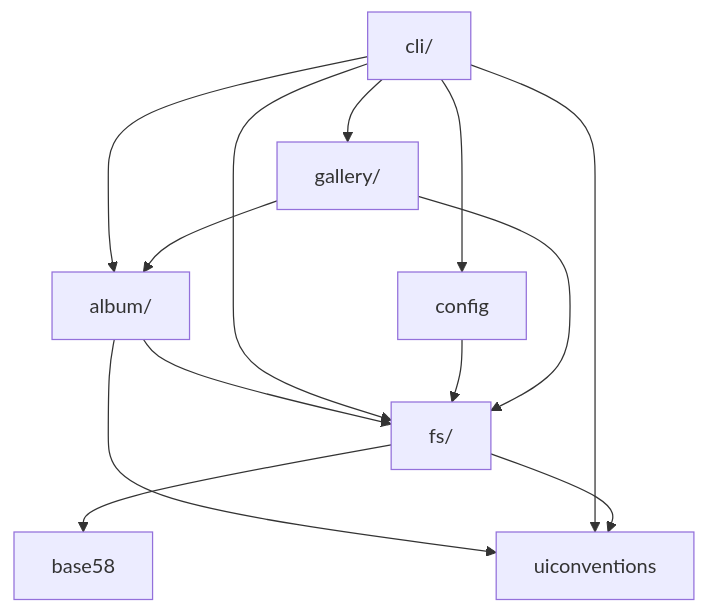
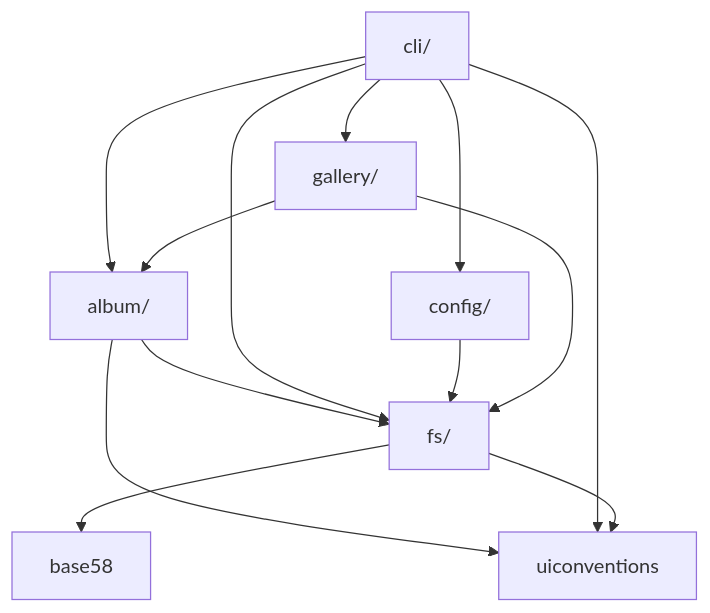
The diagram in docs/architecture.md (iglootools/photree), drawn with Mermaid before and after one commit. The commit also changed 4 other files, not shown here.

````diff
--- a/docs/architecture.md
+++ b/docs/architecture.md
@@ -17,23 +17,23 @@
 ```mermaid
 graph TD
     album["album/"]
     base58["base58"]
     cli["cli/"]
-    config["config"]
+    config["config/"]
     fs["fs/"]
     gallery["gallery/"]
     uiconventions["uiconventions"]
 
     album --> fs
     album --> uiconventions
     cli --> album
     cli --> config
     cli --> fs
     cli --> gallery
     cli --> uiconventions
     config --> fs
     fs --> base58
     fs --> uiconventions
     gallery --> album
     gallery --> fs
 ```
````
